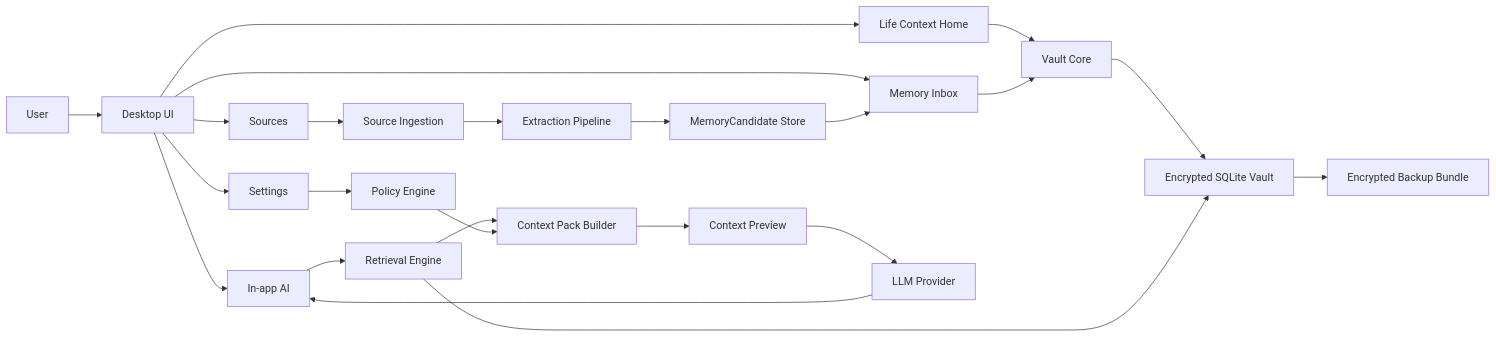
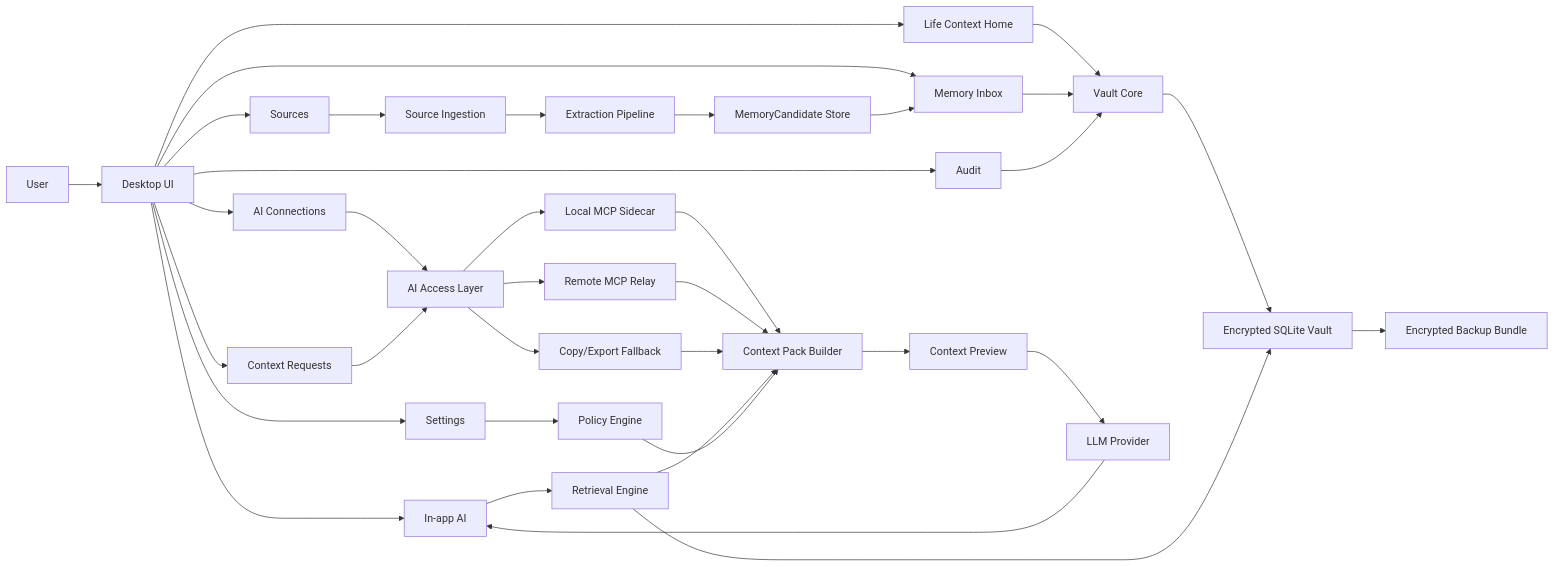
Before and after one commit to Kota-Ohno/life-context-vault: the diagram in docs/life-context-vault-architecture.md, drawn with Mermaid. The commit also changed other lines of this file and 40 other files, not shown here.

````diff
--- a/docs/life-context-vault-architecture.md
+++ b/docs/life-context-vault-architecture.md
@@ -44,29 +45,41 @@
 ```mermaid
 flowchart LR
   User["User"] --> UI["Desktop UI"]
   UI --> Home["Life Context Home"]
   UI --> Inbox["Memory Inbox"]
   UI --> Ask["In-app AI"]
   UI --> Sources["Sources"]
   UI --> Settings["Settings"]
+  UI --> Connections["AI Connections"]
+  UI --> Requests["Context Requests"]
+  UI --> Audit["Audit"]
 
   Home --> Core["Vault Core"]
   Inbox --> Core["Vault Core"]
   Ask --> Retrieval["Retrieval Engine"]
+  Connections --> Access["AI Access Layer"]
+  Requests --> Access
   Sources --> Ingest["Source Ingestion"]
   Settings --> Policy["Policy Engine"]
+  Audit --> Core
 
   Ingest --> Extract["Extraction Pipeline"]
   Extract --> Candidates["MemoryCandidate Store"]
   Candidates --> Inbox
 
   Core --> DB["Encrypted SQLite Vault"]
+  Access --> MCP["Local MCP Sidecar"]
+  Access --> Relay["Remote MCP Relay"]
+  Access --> Copy["Copy/Export Fallback"]
+  MCP --> Pack
+  Relay --> Pack
+  Copy --> Pack
   Retrieval --> DB
   Retrieval --> Pack["Context Pack Builder"]
   Policy --> Pack
   Pack --> Consent["Context Preview"]
   Consent --> LLM["LLM Provider"]
   LLM --> Ask
 
   DB --> Backup["Encrypted Backup Bundle"]
 ```
````
